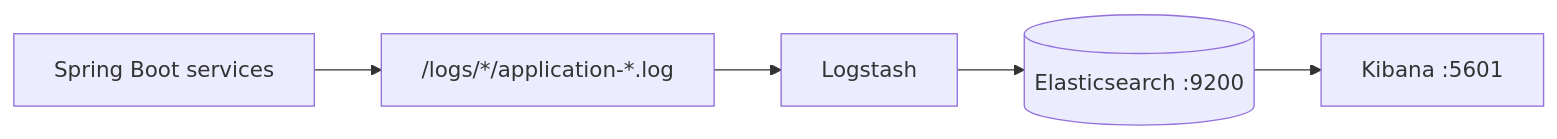
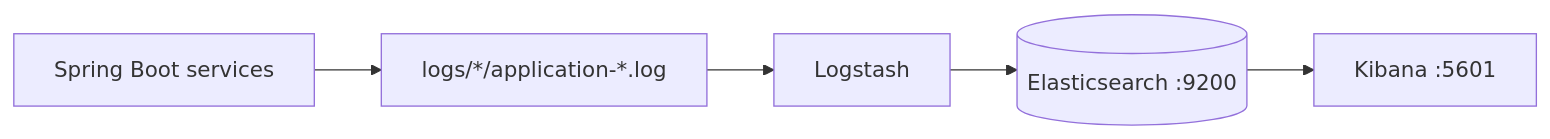
Before and after one commit to shubhgaur37/eCommerce: the third of 3 diagrams in README.md, drawn with Mermaid. The commit also changed other lines of this file, not shown here.

````diff
--- a/README.md
+++ b/README.md
@@ -60,7 +266,7 @@
 ```mermaid
 flowchart LR
-    services["Spring Boot services"] --> logs["/logs/*/application-*.log"]
-    logs --> logstash["Logstash"]
-    logstash --> elasticsearch[("Elasticsearch :9200")]
-    elasticsearch --> kibana["Kibana :5601"]
+    services[Spring Boot services] --> files[logs/*/application-*.log]
+    files --> logstash[Logstash]
+    logstash --> elasticsearch[(Elasticsearch :9200)]
+    elasticsearch --> kibana[Kibana :5601]
 ```
````
